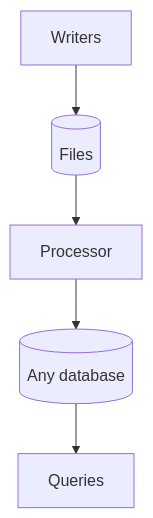
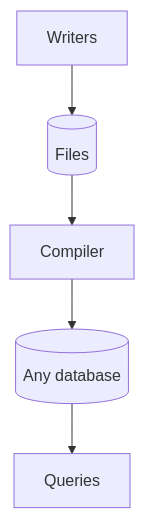
One commit to bristweb/yafidb changed the second of 3 diagrams in docs/design.md. Above: the diagram before and after it, drawn with Mermaid. The commit also changed other lines of this file and 9 other files, not shown here.

````diff
--- a/docs/design.md
+++ b/docs/design.md
@@ -29,7 +42,7 @@
 ```mermaid
 flowchart TB
     W[Writers] --> F[(Files)]
-    F --> P[Processor]
+    F --> P[Compiler]
     P --> D[(Any database)]
     D --> Q[Queries]
 ```
````
